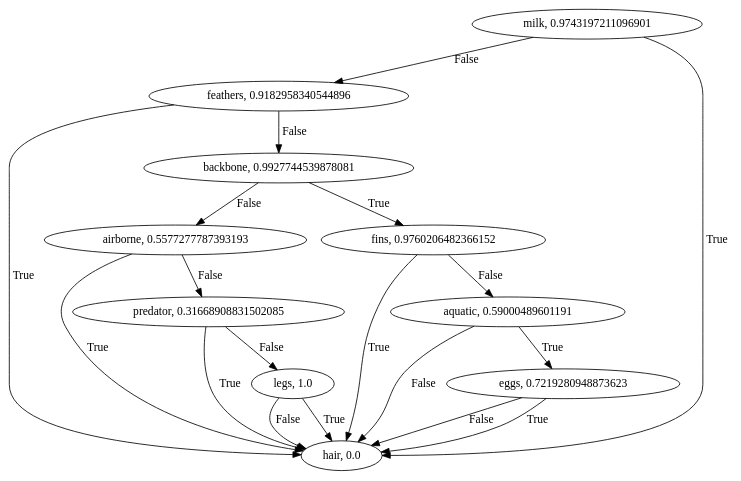
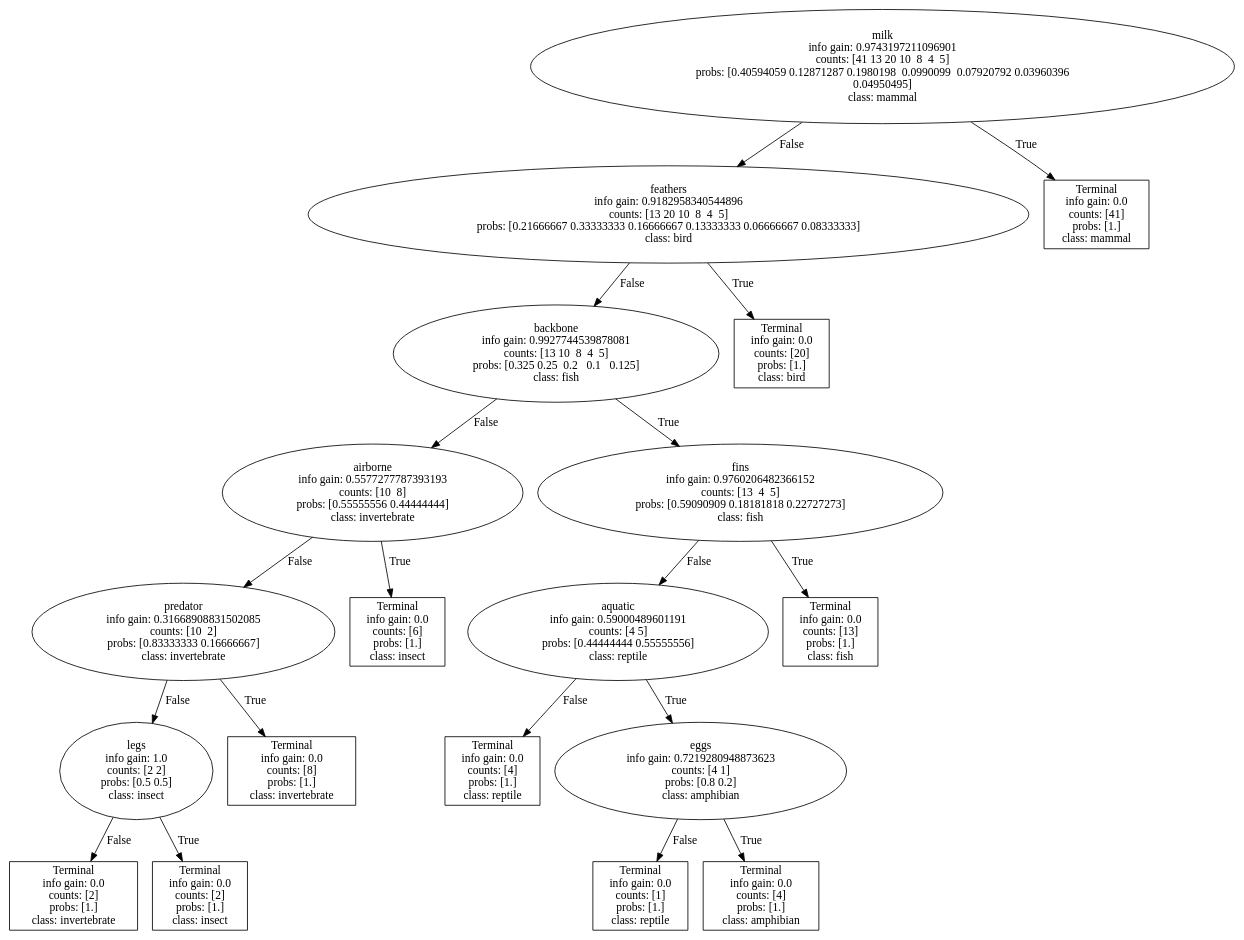
The diagram in machine-learning-1/zad2/Source.gv (m-czarnota/computational-intelligence), drawn with Graphviz before and after one commit. The commit also changed 4 other files, not shown here.

```diff
--- a/machine-learning-1/zad2/Source.gv
+++ b/machine-learning-1/zad2/Source.gv
@@ -1,1 +1,153 @@
-digraph G {milk [label="milk, 0.9743197211096901"]milk->feathers [label="False"]milk->hair [label="True"]feathers [label="feathers, 0.9182958340544896"]feathers->backbone [label="False"]feathers->hair [label="True"]hair [label="hair, 0.0"]backbone [label="backbone, 0.9927744539878081"]backbone->airborne [label="False"]backbone->fins [label="True"]hair [label="hair, 0.0"]airborne [label="airborne, 0.5577277787393193"]airborne->predator [label="False"]airborne->hair [label="True"]fins [label="fins, 0.9760206482366152"]fins->aquatic [label="False"]fins->hair [label="True"]predator [label="predator, 0.31668908831502085"]predator->legs [label="False"]predator->hair [label="True"]hair [label="hair, 0.0"]aquatic [label="aquatic, 0.59000489601191"]aquatic->hair [label="False"]aquatic->eggs [label="True"]hair [label="hair, 0.0"]legs [label="legs, 1.0"]legs->hair [label="False"]legs->hair [label="True"]hair [label="hair, 0.0"]hair [label="hair, 0.0"]eggs [label="eggs, 0.7219280948873623"]eggs->hair [label="False"]eggs->hair [label="True"]hair [label="hair, 0.0"]hair [label="hair, 0.0"]hair [label="hair, 0.0"]hair [label="hair, 0.0"]}
+digraph G {0 [label="milk
+ info gain: 0.9743197211096901
+ counts: [41 13 20 10  8  4  5]
+ probs: [0.40594059 0.12871287 0.1980198  0.0990099  0.07920792 0.03960396
+ 0.04950495]
+ class: mammal"]
+
+
+0->1 [label="False"]
+0->18 [label="True"]
+1 [label="feathers
+ info gain: 0.9182958340544896
+ counts: [13 20 10  8  4  5]
+ probs: [0.21666667 0.33333333 0.16666667 0.13333333 0.06666667 0.08333333]
+ class: bird"]
+
+
+1->2 [label="False"]
+1->17 [label="True"]
+18 [shape="box", label="Terminal
+ info gain: 0.0
+ counts: [41]
+ probs: [1.]
+ class: mammal"]
+
+
+2 [label="backbone
+ info gain: 0.9927744539878081
+ counts: [13 10  8  4  5]
+ probs: [0.325 0.25  0.2   0.1   0.125]
+ class: fish"]
+
+
+2->3 [label="False"]
+2->10 [label="True"]
+17 [shape="box", label="Terminal
+ info gain: 0.0
+ counts: [20]
+ probs: [1.]
+ class: bird"]
+
+
+3 [label="airborne
+ info gain: 0.5577277787393193
+ counts: [10  8]
+ probs: [0.55555556 0.44444444]
+ class: invertebrate"]
+
+
+3->4 [label="False"]
+3->9 [label="True"]
+10 [label="fins
+ info gain: 0.9760206482366152
+ counts: [13  4  5]
+ probs: [0.59090909 0.18181818 0.22727273]
+ class: fish"]
+
+
+10->11 [label="False"]
+10->16 [label="True"]
+4 [label="predator
+ info gain: 0.31668908831502085
+ counts: [10  2]
+ probs: [0.83333333 0.16666667]
+ class: invertebrate"]
+
+
+4->5 [label="False"]
+4->8 [label="True"]
+9 [shape="box", label="Terminal
+ info gain: 0.0
+ counts: [6]
+ probs: [1.]
+ class: insect"]
+
+
+11 [label="aquatic
+ info gain: 0.59000489601191
+ counts: [4 5]
+ probs: [0.44444444 0.55555556]
+ class: reptile"]
+
+
+11->12 [label="False"]
+11->13 [label="True"]
+16 [shape="box", label="Terminal
+ info gain: 0.0
+ counts: [13]
+ probs: [1.]
+ class: fish"]
+
+
+5 [label="legs
+ info gain: 1.0
+ counts: [2 2]
+ probs: [0.5 0.5]
+ class: insect"]
+
+
+5->6 [label="False"]
+5->7 [label="True"]
+8 [shape="box", label="Terminal
+ info gain: 0.0
+ counts: [8]
+ probs: [1.]
+ class: invertebrate"]
+
+
+12 [shape="box", label="Terminal
+ info gain: 0.0
+ counts: [4]
+ probs: [1.]
+ class: reptile"]
+
+
+13 [label="eggs
+ info gain: 0.7219280948873623
+ counts: [4 1]
+ probs: [0.8 0.2]
+ class: amphibian"]
+
+
+13->14 [label="False"]
+13->15 [label="True"]
+6 [shape="box", label="Terminal
+ info gain: 0.0
+ counts: [2]
+ probs: [1.]
+ class: invertebrate"]
+
+
+7 [shape="box", label="Terminal
+ info gain: 0.0
+ counts: [2]
+ probs: [1.]
+ class: insect"]
+
+
+14 [shape="box", label="Terminal
+ info gain: 0.0
+ counts: [1]
+ probs: [1.]
+ class: reptile"]
+
+
+15 [shape="box", label="Terminal
+ info gain: 0.0
+ counts: [4]
+ probs: [1.]
+ class: amphibian"]
+
+
+}
```
